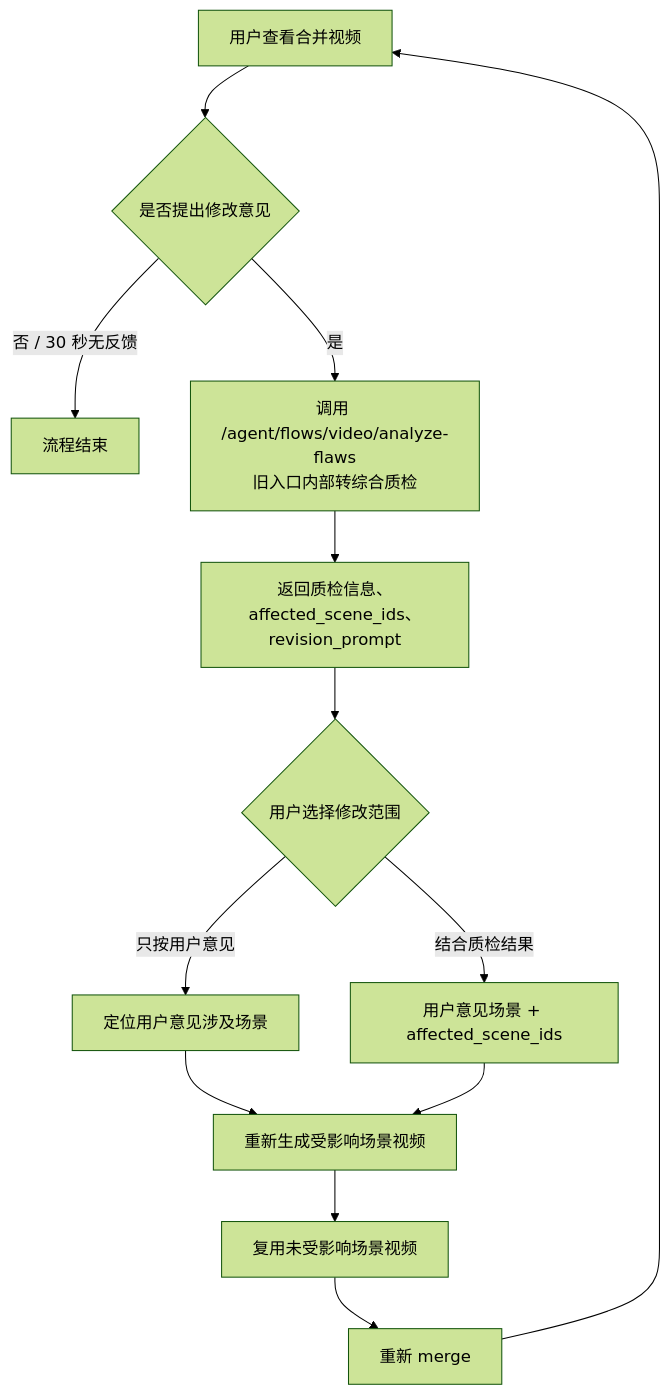
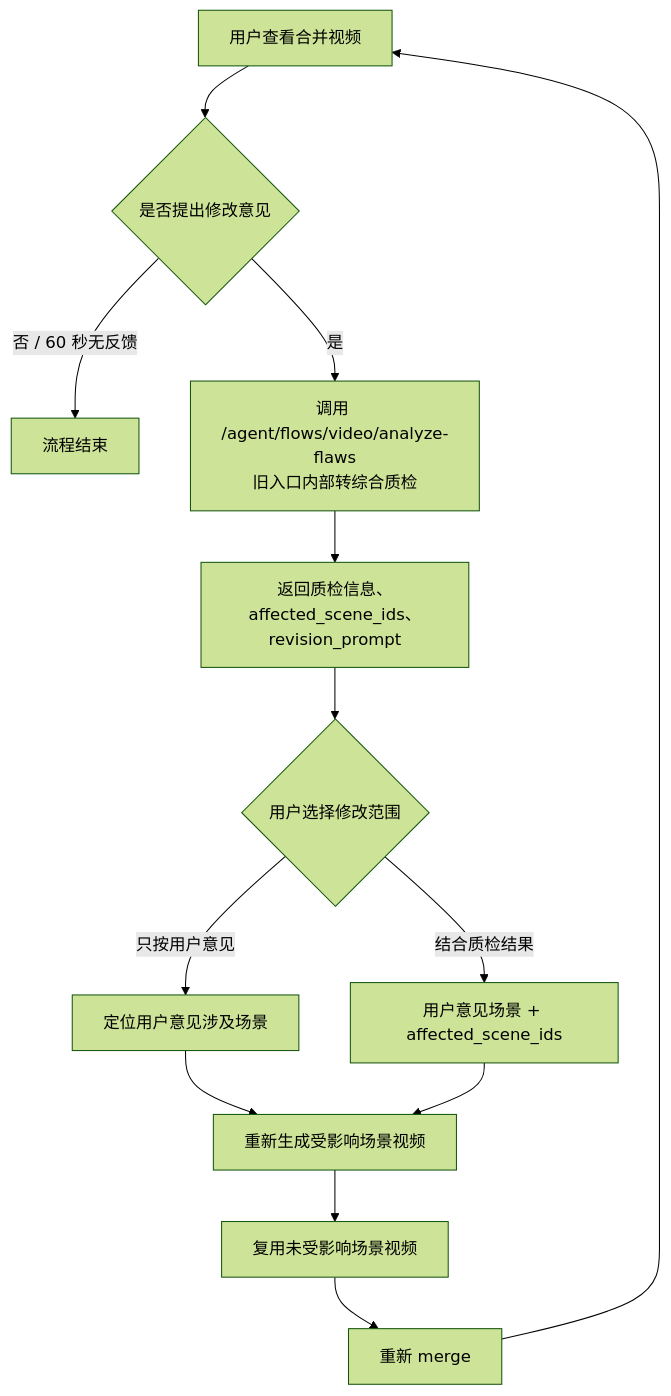
Before and after one commit to joyslxd/pixelflow: the seventh of 7 diagrams in docs/pixelflow-agent-skill-flow-latest-design.md, drawn with Mermaid (forest theme). The commit also changed other lines of this file and 5 other files, not shown here.

````diff
--- a/docs/pixelflow-agent-skill-flow-latest-design.md
+++ b/docs/pixelflow-agent-skill-flow-latest-design.md
@@ -457,15 +457,15 @@
 ```mermaid
 flowchart TD
   A["用户查看合并视频"] --> B{"是否提出修改意见"}
-  B -->|"否 / 30 秒无反馈"| DONE["流程结束"]
+  B -->|"否 / 60 秒无反馈"| DONE["流程结束"]
   B -->|"是"| C["调用 /agent/flows/video/analyze-flaws<br/>旧入口内部转综合质检"]
   C --> D["返回质检信息、affected_scene_ids、revision_prompt"]
   D --> E{"用户选择修改范围"}
   E -->|"只按用户意见"| F["定位用户意见涉及场景"]
   E -->|"结合质检结果"| G["用户意见场景 + affected_scene_ids"]
   F --> H["重新生成受影响场景视频"]
   G --> H
   H --> I["复用未受影响场景视频"]
   I --> J["重新 merge"]
   J --> A
 ```
````
